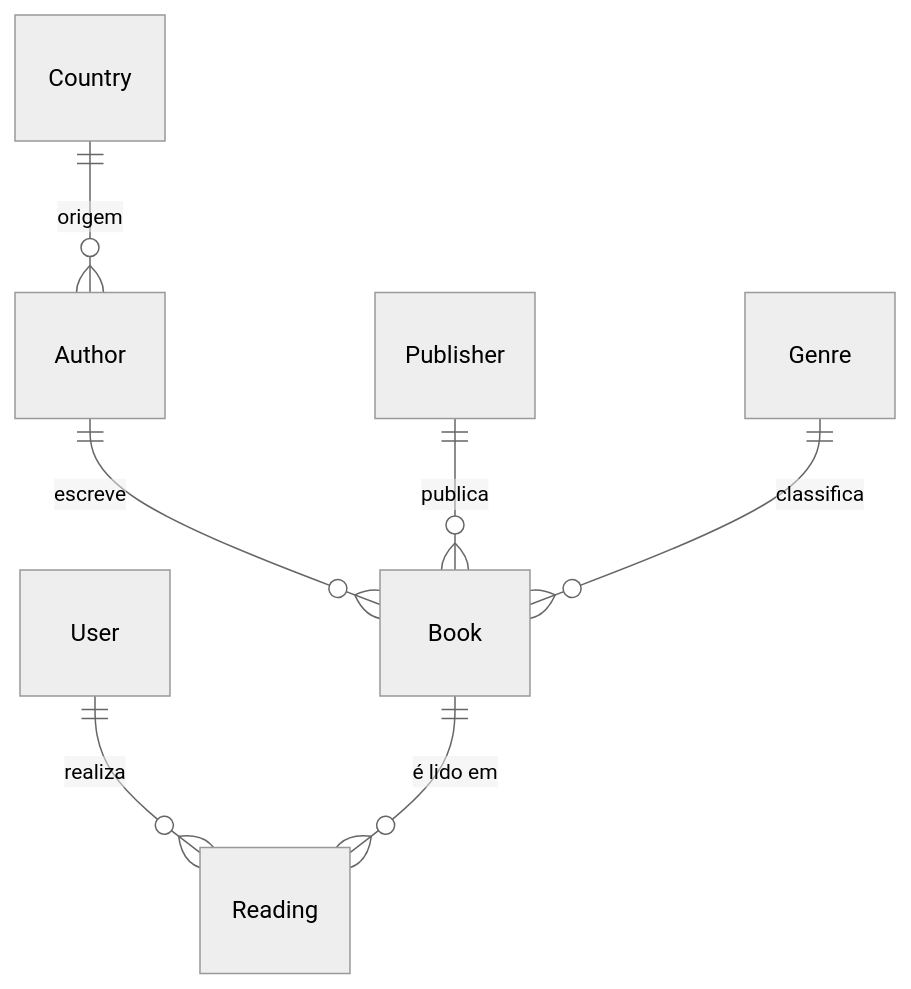
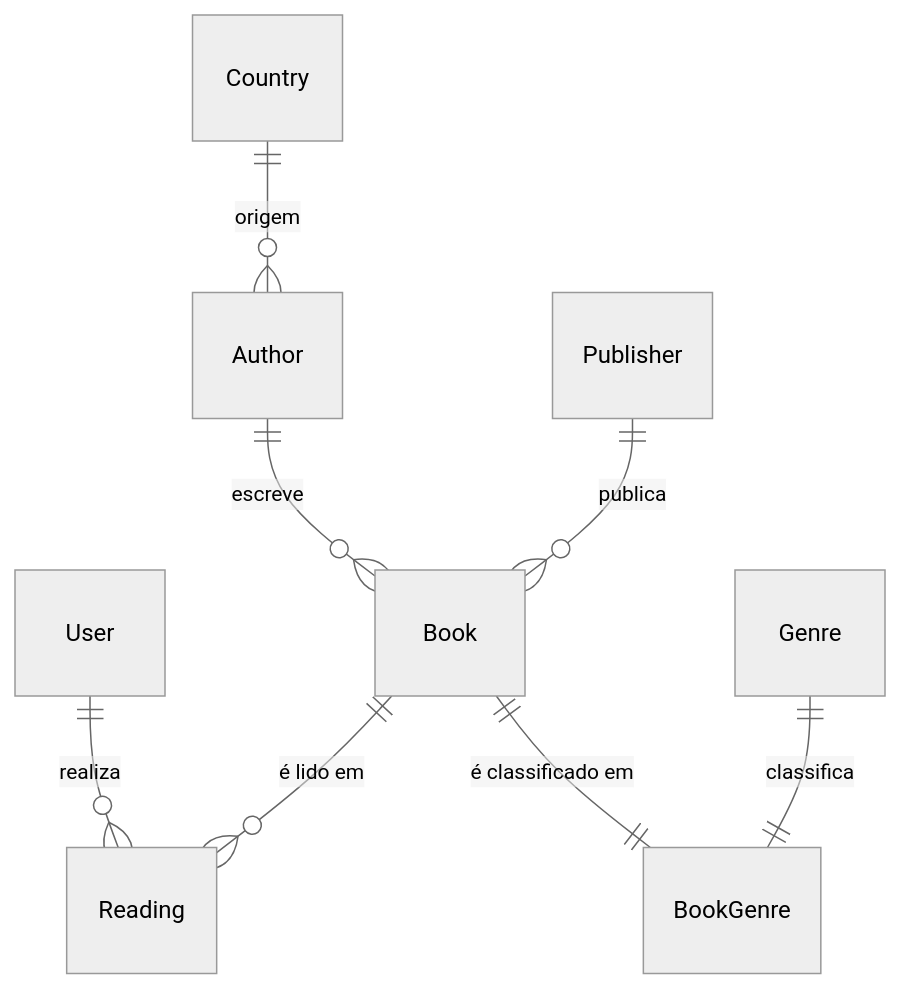
The diagram in dev/models.md (heitormvl/gaby.io), drawn with Mermaid (neutral theme) before and after one commit. The commit also changed other lines of this file and 3 other files, not shown here.

````diff
--- a/dev/models.md
+++ b/dev/models.md
@@ -175,9 +205,10 @@
 ```mermaid
 erDiagram
     User ||--o{ Reading : realiza
     Book ||--o{ Reading : "é lido em"
     Author ||--o{ Book : escreve
     Country ||--o{ Author : "origem"
     Publisher ||--o{ Book : "publica"
-    Genre ||--o{ Book : "classifica"
+    Genre ||--|| BookGenre : classifica
+    Book ||--|| BookGenre : "é classificado em"
 ```
````
